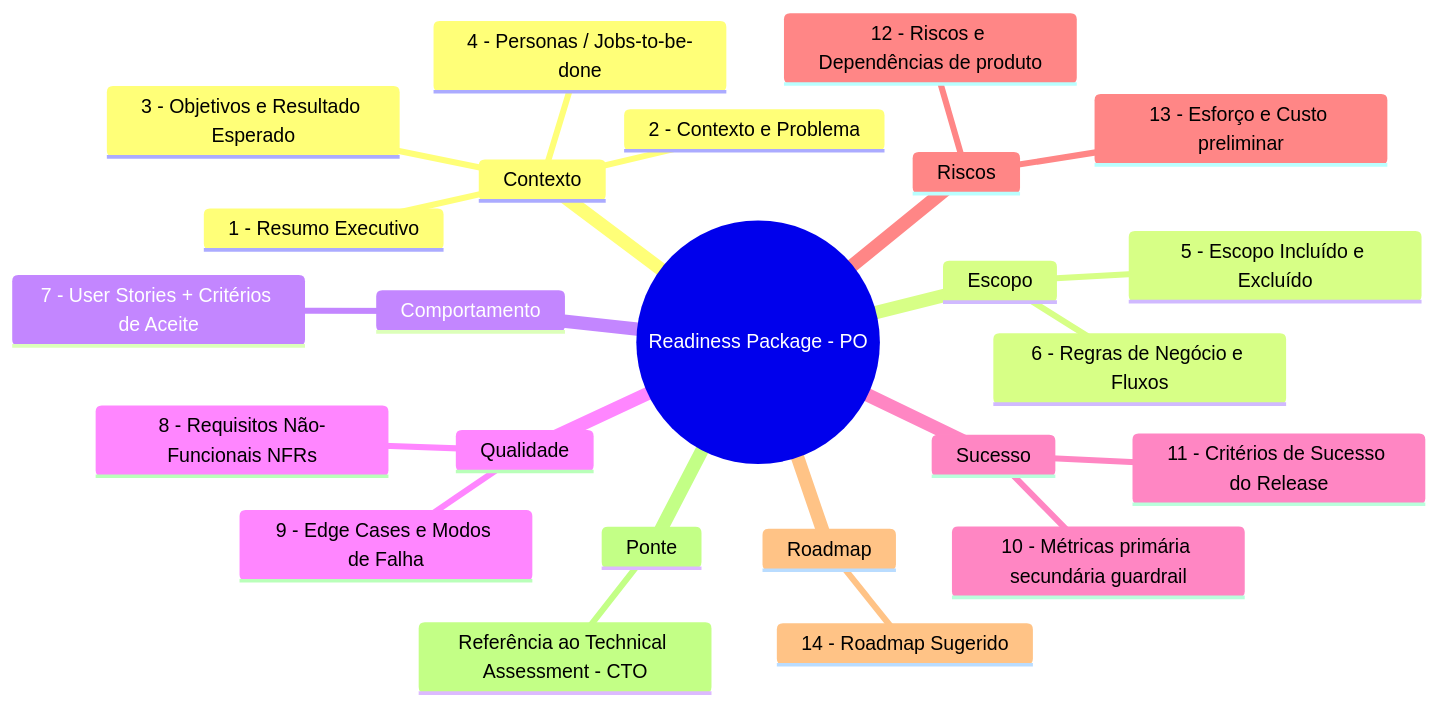
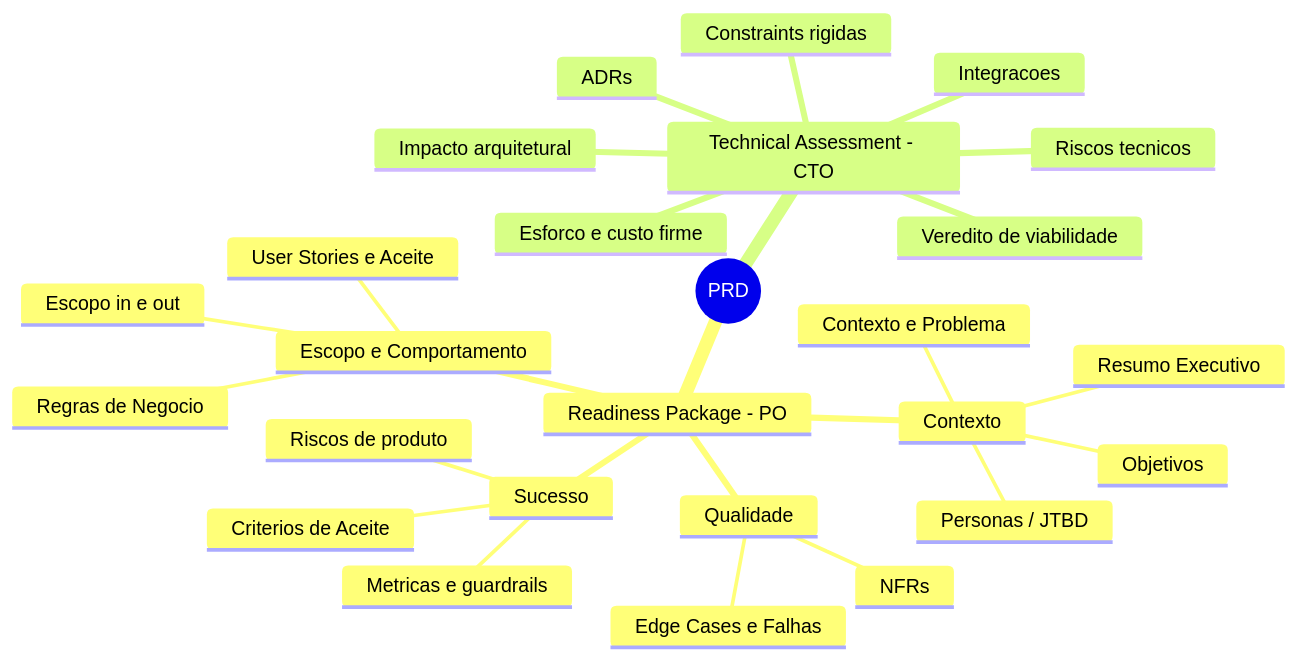
The fourth of 11 diagrams in README.md (hugo-hsbtech/teamwork-process), drawn with Mermaid before and after one commit. The commit also changed other lines of this file and 46 other files, not shown here.

````diff
--- a/README.md
+++ b/README.md
@@ -265,27 +263,29 @@
 ```mermaid
 mindmap
-  root((Readiness Package - PO))
-    Contexto
-      1 - Resumo Executivo
-      2 - Contexto e Problema
-      3 - Objetivos e Resultado Esperado
-      4 - Personas / Jobs-to-be-done
-    Escopo
-      5 - Escopo Incluído e Excluído
-      6 - Regras de Negócio e Fluxos
-    Comportamento
-      7 - User Stories + Critérios de Aceite
-    Qualidade
-      8 - Requisitos Não-Funcionais NFRs
-      9 - Edge Cases e Modos de Falha
-    Sucesso
-      10 - Métricas primária secundária guardrail
-      11 - Critérios de Sucesso do Release
-    Riscos
-      12 - Riscos e Dependências de produto
-      13 - Esforço e Custo preliminar
-    Roadmap
-      14 - Roadmap Sugerido
-    Ponte
-      Referência ao Technical Assessment - CTO
+  root((PRD))
+    Readiness Package - PO
+      Contexto
+        Resumo Executivo
+        Contexto e Problema
+        Objetivos
+        Personas / JTBD
+      Escopo e Comportamento
+        Escopo in e out
+        Regras de Negocio
+        User Stories e Aceite
+      Qualidade
+        NFRs
+        Edge Cases e Falhas
+      Sucesso
+        Metricas e guardrails
+        Criterios de Aceite
+        Riscos de produto
+    Technical Assessment - CTO
+      Veredito de viabilidade
+      Impacto arquitetural
+      Integracoes
+      Constraints rigidas
+      Riscos tecnicos
+      ADRs
+      Esforco e custo firme
 ```
````
